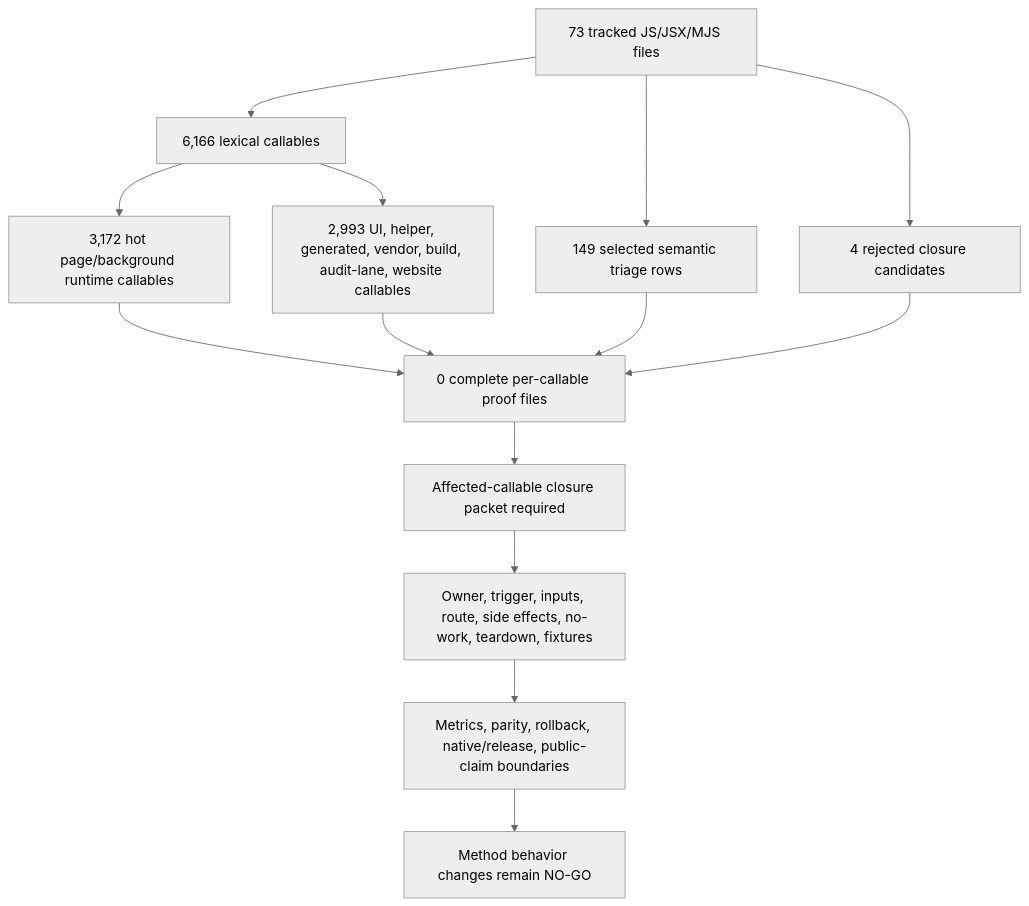
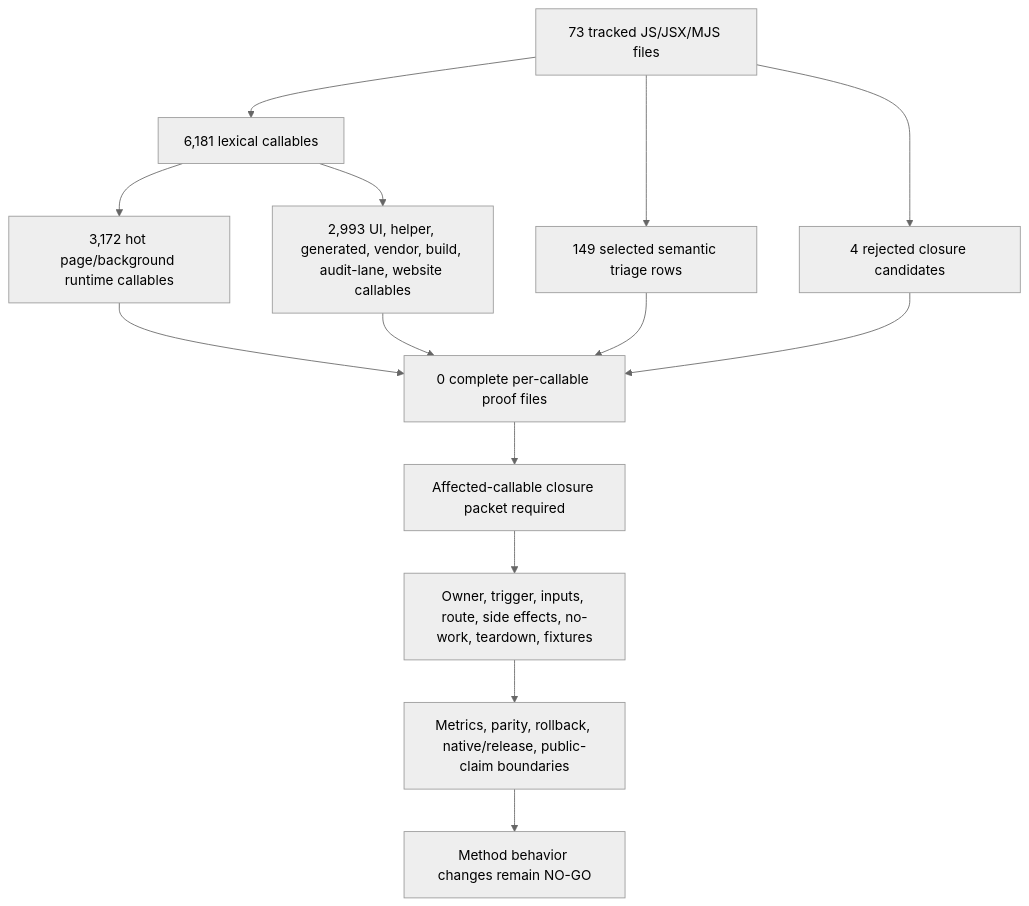
Before and after one commit to varshneydevansh/FilterTube: the first of 2 diagrams in docs/audit/FILTERTUBE_METHOD_SEMANTIC_PROOF_GAP_INDEX_CURRENT_BEHAVIOR_2026-05-25.md, drawn with Mermaid (neutral theme). The commit also changed other lines of this file and 53 other files, not shown here.

````diff
--- a/docs/audit/FILTERTUBE_METHOD_SEMANTIC_PROOF_GAP_INDEX_CURRENT_BEHAVIOR_2026-05-25.md
+++ b/docs/audit/FILTERTUBE_METHOD_SEMANTIC_PROOF_GAP_INDEX_CURRENT_BEHAVIOR_2026-05-25.md
@@ -147,16 +147,16 @@
 ```mermaid
 flowchart TD
-  A["73 tracked JS/JSX/MJS files"] --> B["6,166 lexical callables"]
+  A["73 tracked JS/JSX/MJS files"] --> B["6,181 lexical callables"]
   B --> C["3,172 hot page/background runtime callables"]
   B --> D["2,993 UI, helper, generated, vendor, build, audit-lane, website callables"]
   A --> E["149 selected semantic triage rows"]
   A --> F["4 rejected closure candidates"]
   C --> G["0 complete per-callable proof files"]
   D --> G
   E --> G
   F --> G
   G --> H["Affected-callable closure packet required"]
   H --> I["Owner, trigger, inputs, route, side effects, no-work, teardown, fixtures"]
   I --> J["Metrics, parity, rollback, native/release, public-claim boundaries"]
   J --> K["Method behavior changes remain NO-GO"]
 ```
````
